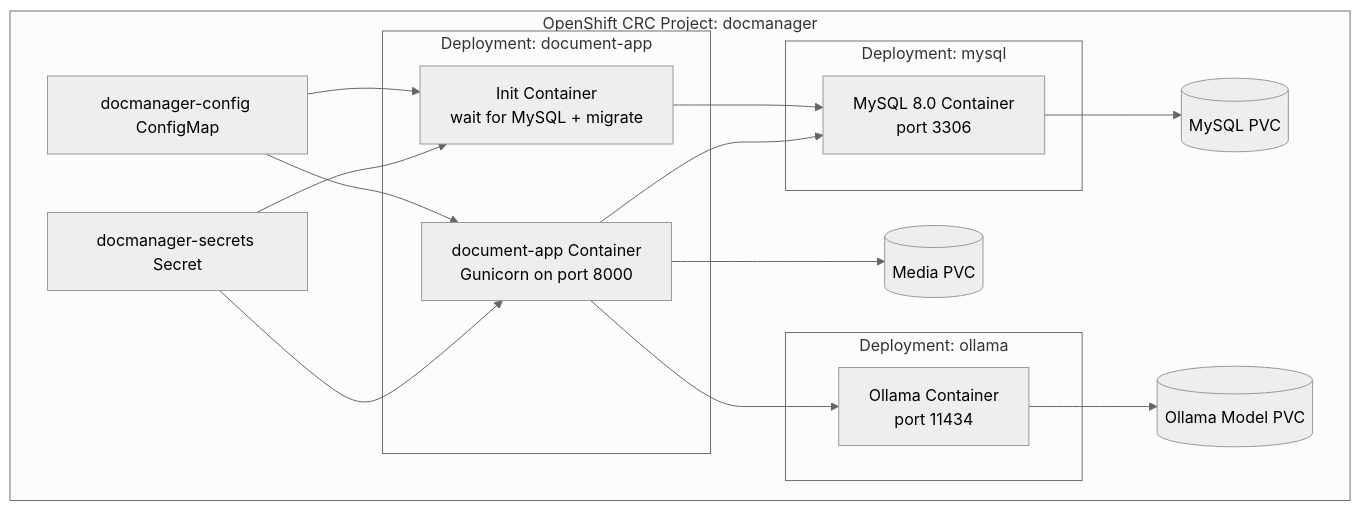
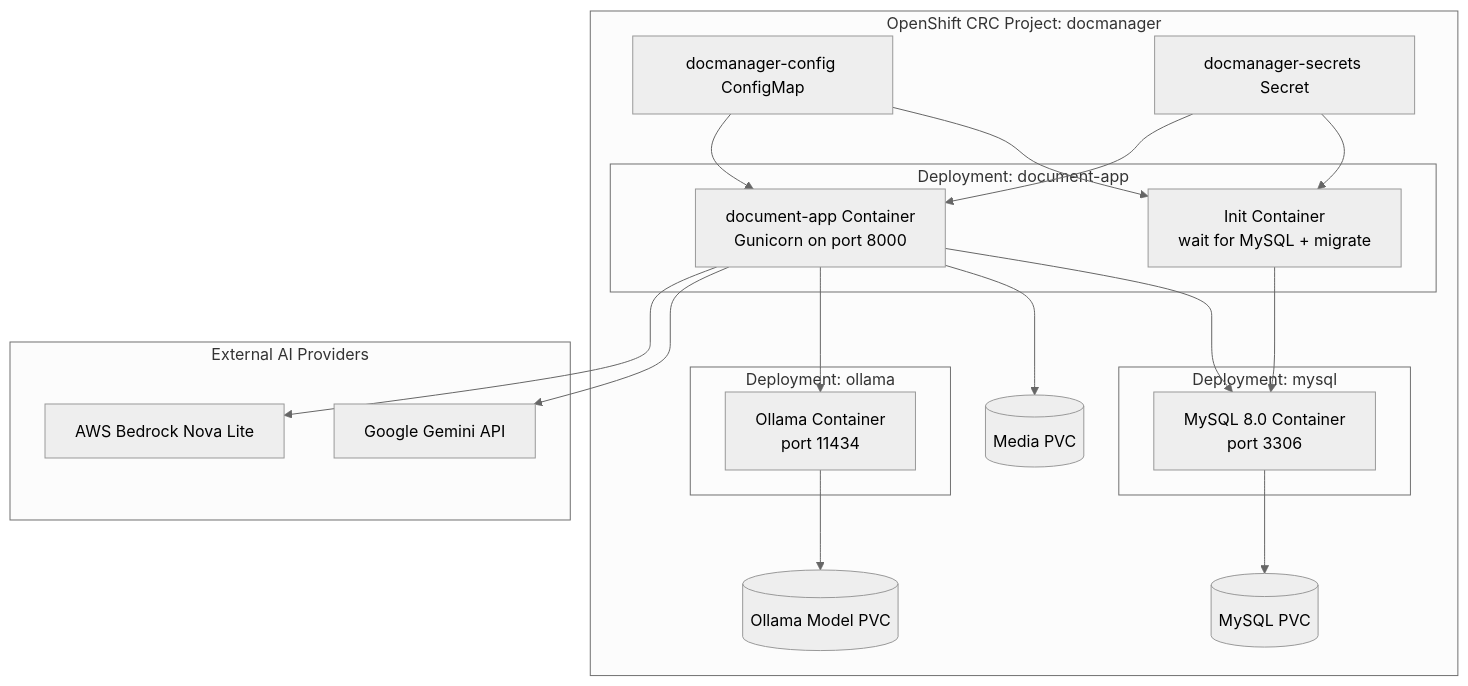
The first of 3 diagrams in docs/deployment.md (khaliqueaws-creator/document-management), drawn with Mermaid (neutral theme) before and after one commit. The commit also changed other lines of this file and 4 other files, not shown here.

Commit message:
Update architecture docs for Bedrock

````diff
--- a/docs/deployment.md
+++ b/docs/deployment.md
@@ -9,36 +9,44 @@
 ```mermaid
 flowchart TB
     subgraph OpenShift_CRC[OpenShift CRC Project: docmanager]
         Config[docmanager-config ConfigMap]
         Secret[docmanager-secrets Secret]
 
         subgraph Django_Deployment[Deployment: document-app]
             Init[Init Container\nwait for MySQL + migrate]
             Web[document-app Container\nGunicorn on port 8000]
         end
 
         subgraph Database[Deployment: mysql]
             DB[MySQL 8.0 Container\nport 3306]
         end
 
         subgraph AI_Local[Deployment: ollama]
             Ollama[Ollama Container\nport 11434]
         end
 
         Media[(Media PVC)]
         DBPVC[(MySQL PVC)]
         ModelPVC[(Ollama Model PVC)]
 
         Config --> Init
         Secret --> Init
         Config --> Web
         Secret --> Web
 
         Init --> DB
         Web --> DB
         Web --> Media
         DB --> DBPVC
         Ollama --> ModelPVC
         Web --> Ollama
     end
+
+    subgraph AI_External[External AI Providers]
+        Gemini[Google Gemini API]
+        Bedrock[AWS Bedrock Nova Lite]
+    end
+
+    Web --> Gemini
+    Web --> Bedrock
 ```
````
